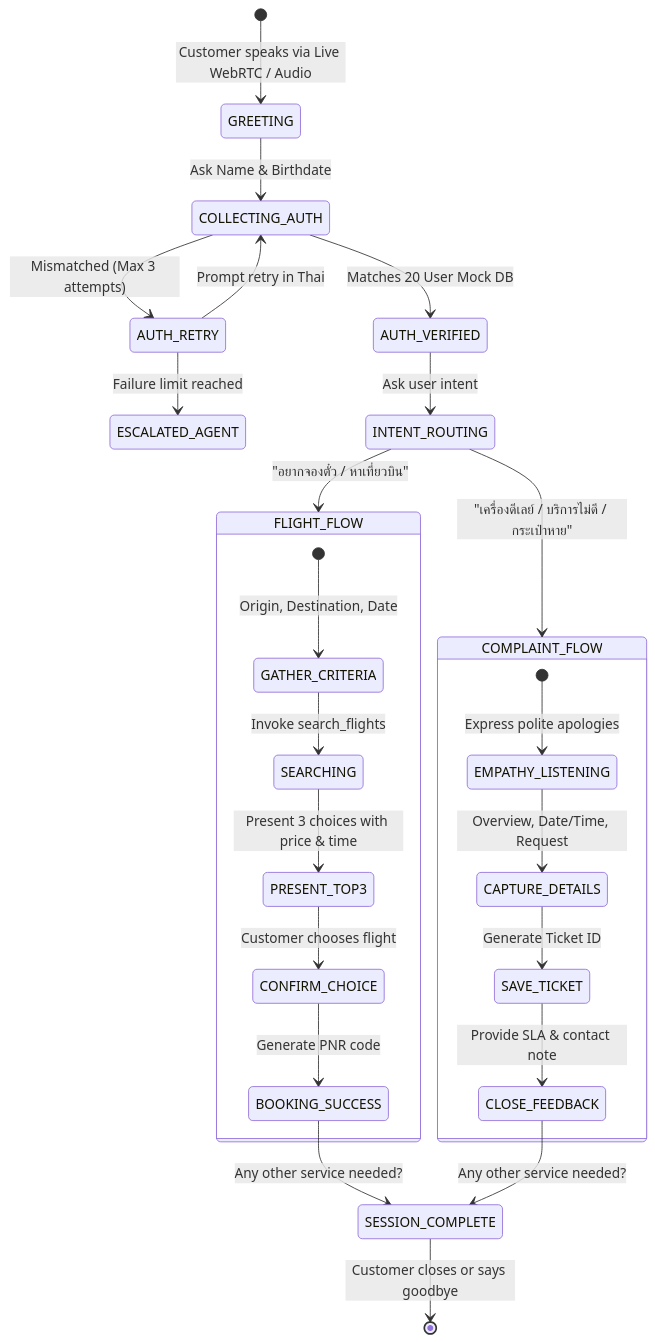
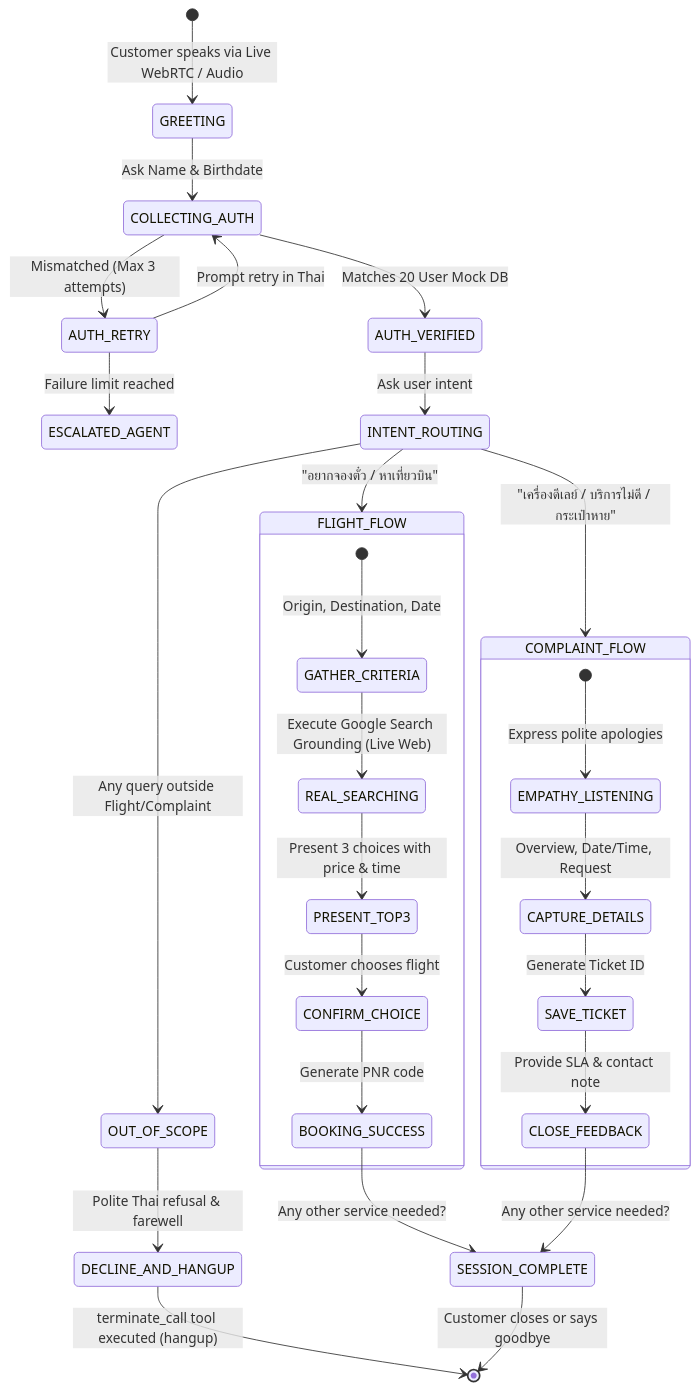
The third of 3 diagrams in specs/features/SPEC-20260907-GEMINI-LIVE-ADK-THAI-VOICE-AGENT.md (pantana-na/gemini-live-bot), drawn with Mermaid before and after one commit. The commit also changed other lines of this file and 3 other files, not shown here.

Commit message:
docs(spec): refine flight search to live Google Search and add out-of-scope call termination

````diff
--- a/specs/features/SPEC-20260907-GEMINI-LIVE-ADK-THAI-VOICE-AGENT.md
+++ b/specs/features/SPEC-20260907-GEMINI-LIVE-ADK-THAI-VOICE-AGENT.md
@@ -260,32 +264,36 @@
 ```mermaid
 stateDiagram-v2
     [*] --> GREETING: Customer speaks via Live WebRTC / Audio
     GREETING --> COLLECTING_AUTH: Ask Name & Birthdate
     COLLECTING_AUTH --> AUTH_VERIFIED: Matches 20 User Mock DB
     COLLECTING_AUTH --> AUTH_RETRY: Mismatched (Max 3 attempts)
     AUTH_RETRY --> COLLECTING_AUTH: Prompt retry in Thai
     AUTH_RETRY --> ESCALATED_AGENT: Failure limit reached
     
     AUTH_VERIFIED --> INTENT_ROUTING: Ask user intent
     INTENT_ROUTING --> FLIGHT_FLOW: "อยากจองตั๋ว / หาเที่ยวบิน"
     INTENT_ROUTING --> COMPLAINT_FLOW: "เครื่องดีเลย์ / บริการไม่ดี / กระเป๋าหาย"
+    INTENT_ROUTING --> OUT_OF_SCOPE: Any query outside Flight/Complaint
+    
+    OUT_OF_SCOPE --> DECLINE_AND_HANGUP: Polite Thai refusal & farewell
+    DECLINE_AND_HANGUP --> [*]: terminate_call tool executed (hangup)
     
     state FLIGHT_FLOW {
         [*] --> GATHER_CRITERIA: Origin, Destination, Date
-        GATHER_CRITERIA --> SEARCHING: Invoke search_flights
-        SEARCHING --> PRESENT_TOP3: Present 3 choices with price & time
+        GATHER_CRITERIA --> REAL_SEARCHING: Execute Google Search Grounding (Live Web)
+        REAL_SEARCHING --> PRESENT_TOP3: Present 3 choices with price & time
         PRESENT_TOP3 --> CONFIRM_CHOICE: Customer chooses flight
         CONFIRM_CHOICE --> BOOKING_SUCCESS: Generate PNR code
     }
     
     state COMPLAINT_FLOW {
         [*] --> EMPATHY_LISTENING: Express polite apologies
         EMPATHY_LISTENING --> CAPTURE_DETAILS: Overview, Date/Time, Request
         CAPTURE_DETAILS --> SAVE_TICKET: Generate Ticket ID
         SAVE_TICKET --> CLOSE_FEEDBACK: Provide SLA & contact note
     }
 
     BOOKING_SUCCESS --> SESSION_COMPLETE: Any other service needed?
     CLOSE_FEEDBACK --> SESSION_COMPLETE: Any other service needed?
     SESSION_COMPLETE --> [*]: Customer closes or says goodbye
 ```
````
